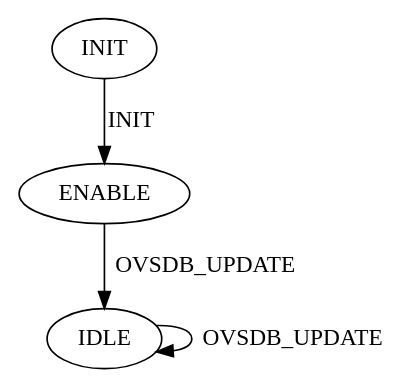
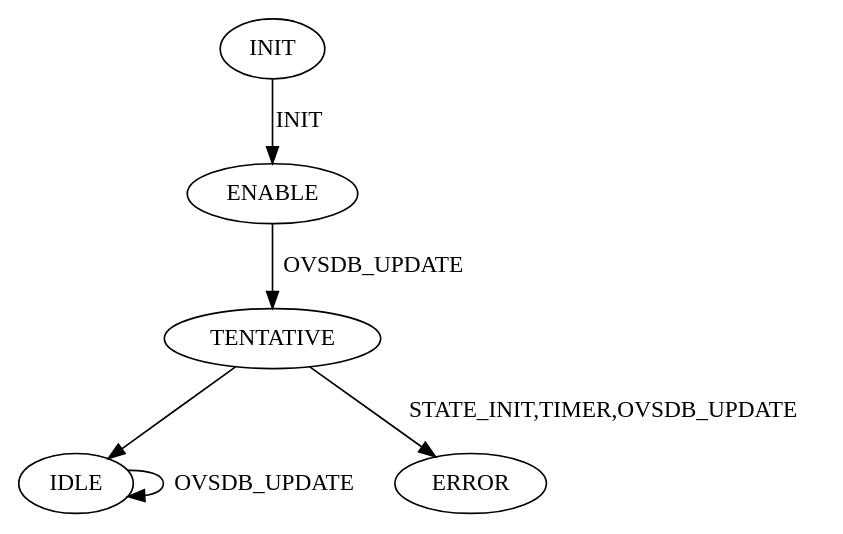
One commit to plume-design/opensync changed the diagram in src/wano/src/wanp_dhcpv6.dot. Above: the diagram before and after it, drawn with Graphviz. The commit also changed 6 other files, not shown here.

```diff
--- a/src/wano/src/wanp_dhcpv6.dot
+++ b/src/wano/src/wanp_dhcpv6.dot
@@ -1,6 +1,8 @@
 digraph {
     INIT[init=true];
     INIT -> ENABLE [label="INIT"];
-    ENABLE -> IDLE [label="OVSDB_UPDATE"];
-    IDLE -> IDLE [label="OVSDB_UPDATE"];
+    ENABLE -> TENTATIVE [label="OVSDB_UPDATE"];
+    TENTATIVE -> IDLE [labe="STATE_INIT,TIMER"];
+    TENTATIVE -> ERROR [label="STATE_INIT,TIMER,OVSDB_UPDATE"];
+    IDLE -> IDLE [label="OVSDB_UPDATE"]
 }
```
